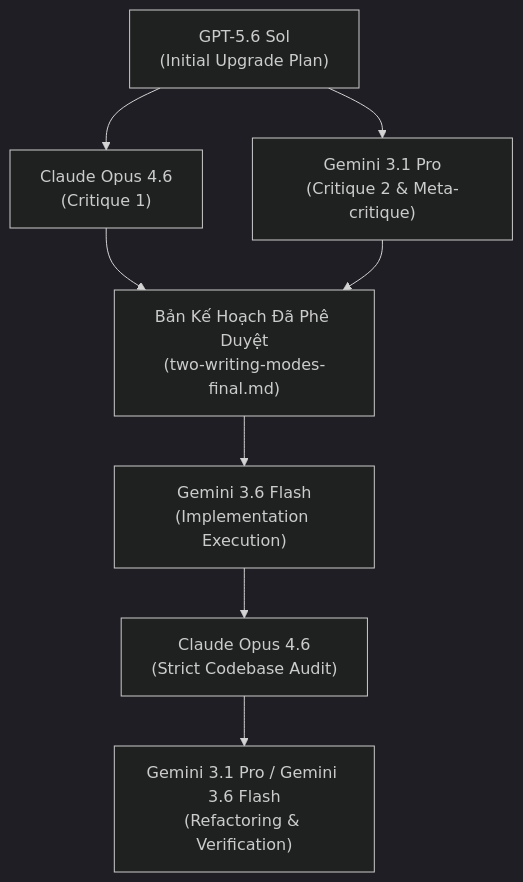
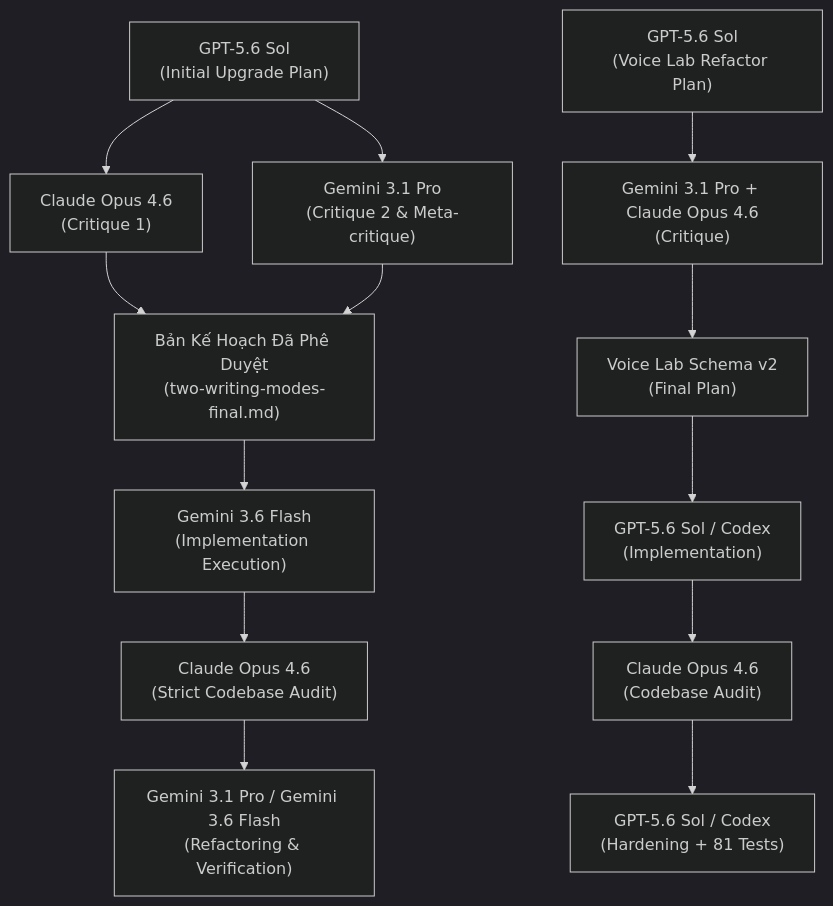
One commit to Langbatkyho/write_blog changed the diagram in docs/agent_activities.md. Above: the diagram before and after it, drawn with Mermaid (dark theme). The commit also changed other lines of this file and 24 other files, not shown here.

Commit message:
Tối ưu hóa Voice Lab và Gemini High thinking mode

````diff
--- a/docs/agent_activities.md
+++ b/docs/agent_activities.md
@@ -13,10 +16,16 @@
 ```mermaid
 graph TD
     Sol["GPT-5.6 Sol<br/>(Initial Upgrade Plan)"] --> Critique1["Claude Opus 4.6<br/>(Critique 1)"]
     Sol --> Critique2["Gemini 3.1 Pro<br/>(Critique 2 & Meta-critique)"]
     Critique1 --> PlanFinal["Bản Kế Hoạch Đã Phê Duyệt<br/>(two-writing-modes-final.md)"]
     Critique2 --> PlanFinal
     PlanFinal --> Impl["Gemini 3.6 Flash<br/>(Implementation Execution)"]
     Impl --> Audit["Claude Opus 4.6<br/>(Strict Codebase Audit)"]
     Audit --> Refactor["Gemini 3.1 Pro / Gemini 3.6 Flash<br/>(Refactoring & Verification)"]
+
+    VoiceDraft["GPT-5.6 Sol<br/>(Voice Lab Refactor Plan)"] --> VoiceReview["Gemini 3.1 Pro + Claude Opus 4.6<br/>(Critique)"]
+    VoiceReview --> VoiceFinal["Voice Lab Schema v2<br/>(Final Plan)"]
+    VoiceFinal --> VoiceImpl["GPT-5.6 Sol / Codex<br/>(Implementation)"]
+    VoiceImpl --> VoiceAudit["Claude Opus 4.6<br/>(Codebase Audit)"]
+    VoiceAudit --> VoiceVerify["GPT-5.6 Sol / Codex<br/>(Hardening + 81 Tests)"]
 ```
````
